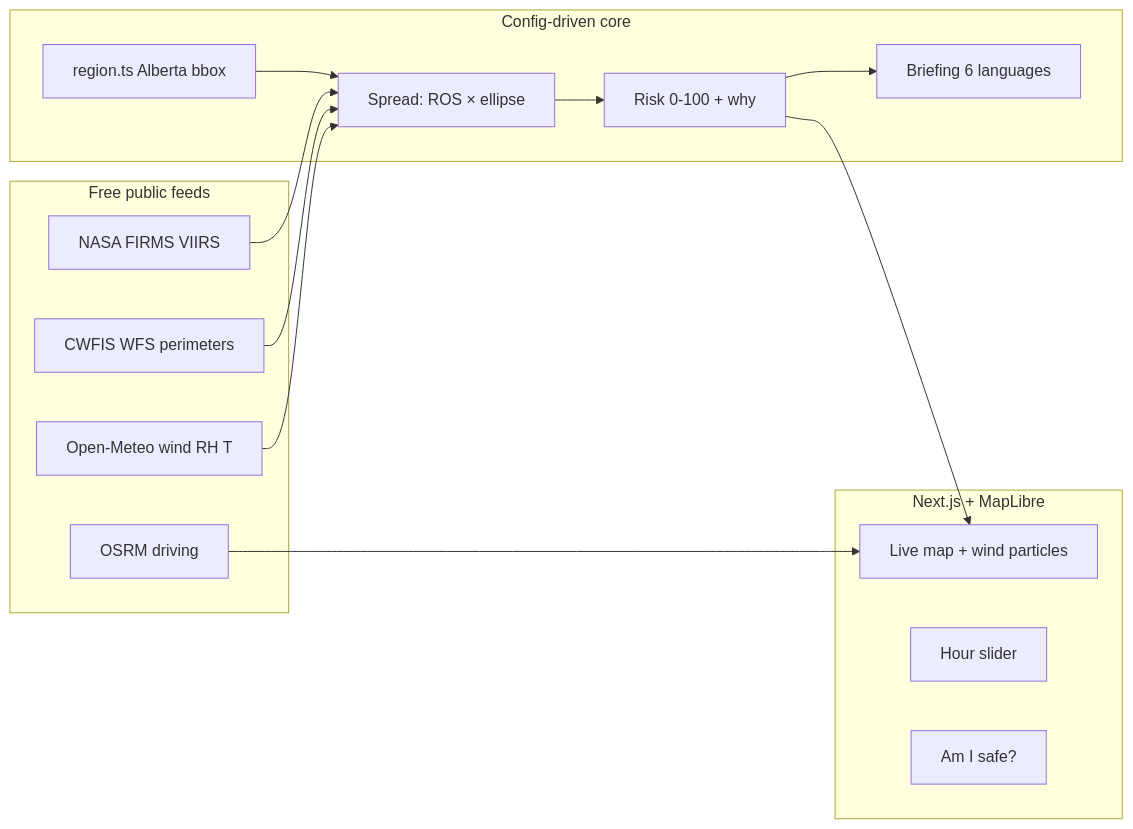
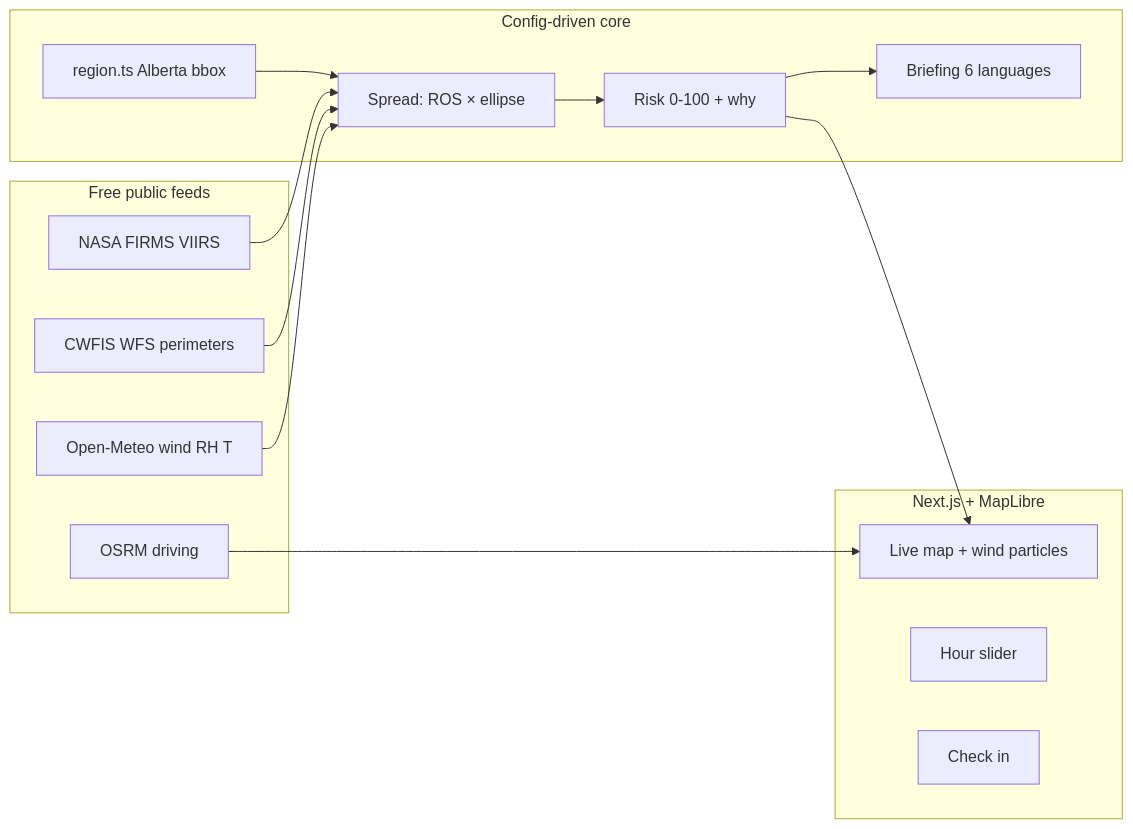
The diagram in README.md (pawsp7/Firebreak), drawn with Mermaid before and after one commit. The commit also changed other lines of this file and 22 other files, not shown here.

````diff
--- a/README.md
+++ b/README.md
@@ -43,28 +43,28 @@
 ```mermaid
 flowchart LR
   subgraph sources [Free public feeds]
     FIRMS[NASA FIRMS VIIRS]
     CWFIS[CWFIS WFS perimeters]
     OM[Open-Meteo wind RH T]
     OSRM[OSRM driving]
   end
   subgraph core [Config-driven core]
     Region[region.ts Alberta bbox]
     Model["Spread: ROS × ellipse"]
     Risk["Risk 0-100 + why"]
     Brief[Briefing 6 languages]
   end
   subgraph ui [Next.js + MapLibre]
     Map[Live map + wind particles]
     Slider[Hour slider]
-    Card["Am I safe?"]
+    Card["Check in"]
   end
   FIRMS --> Model
   CWFIS --> Model
   OM --> Model
   Model --> Risk
   Risk --> Brief
   Risk --> Map
   OSRM --> Map
   Region --> Model
 ```
````
